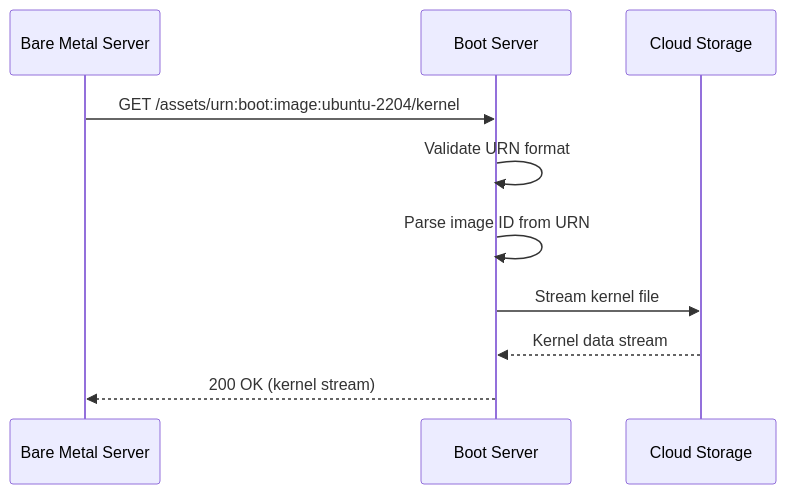
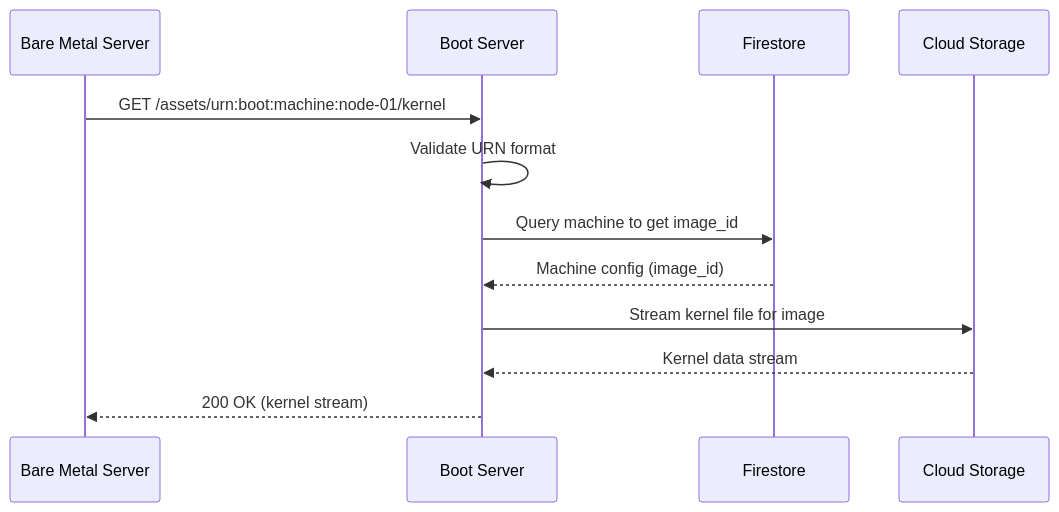
The second of 3 diagrams in docs/content/r&d/services/boot/uefi-boot-endpoints.md (Zaba505/infra), drawn with Mermaid before and after one commit. The commit also changed other lines of this file, not shown here.

Commit message:
docs: update UEFI endpoints to use machine_id instead of image_id

````diff
--- a/docs/content/r&d/services/boot/uefi-boot-endpoints.md
+++ b/docs/content/r&d/services/boot/uefi-boot-endpoints.md
@@ -92,13 +95,15 @@
 ```mermaid
 sequenceDiagram
     participant Client as Bare Metal Server
     participant Boot as Boot Server
+    participant DB as Firestore
     participant Storage as Cloud Storage
     
-    Client->>Boot: GET /assets/urn:boot:image:ubuntu-2204/kernel
+    Client->>Boot: GET /assets/urn:boot:machine:node-01/kernel
     Boot->>Boot: Validate URN format
-    Boot->>Boot: Parse image ID from URN
-    Boot->>Storage: Stream kernel file
+    Boot->>DB: Query machine to get image_id
+    DB-->>Boot: Machine config (image_id)
+    Boot->>Storage: Stream kernel file for image
     Storage-->>Boot: Kernel data stream
     Boot-->>Client: 200 OK (kernel stream)
 ```
````
